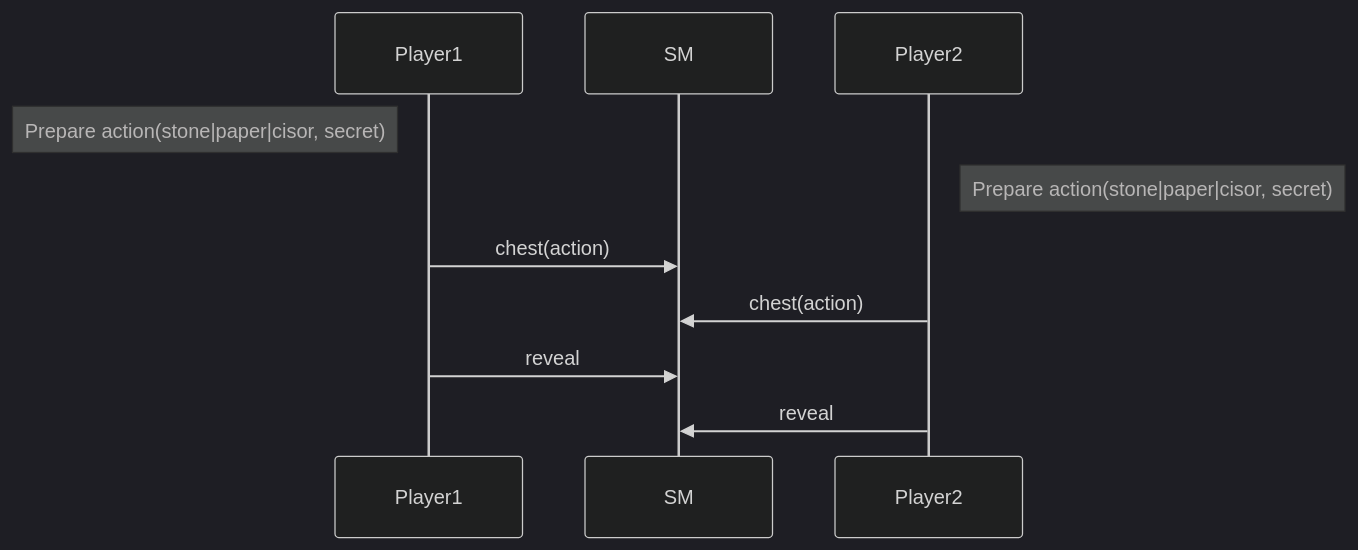
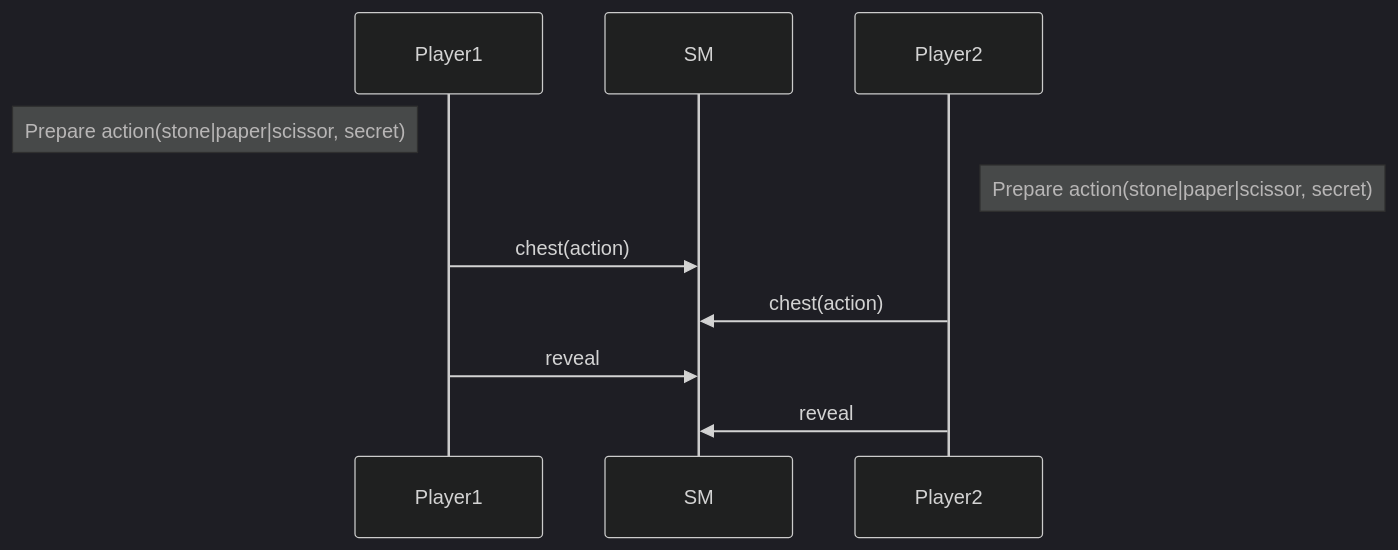
Before and after one commit to ligolang/jsligo-training-dapp-shifumi: the third of 6 diagrams in README.md, drawn with Mermaid (dark theme). The commit also changed other lines of this file and 6 other files, not shown here.

````diff
--- a/README.md
+++ b/README.md
@@ -153,12 +153,12 @@
 ```mermaid
 sequenceDiagram
   participant Player1
   participant SM
   participant Player2
-  Note left of Player1: Prepare action(stone|paper|cisor, secret)
-  Note right of Player2: Prepare action(stone|paper|cisor, secret)
+  Note left of Player1: Prepare action(stone|paper|scissor, secret)
+  Note right of Player2: Prepare action(stone|paper|scissor, secret)
   Player1->>SM: chest(action)
   Player2->>SM: chest(action)
   Player1->>SM: reveal
   Player2->>SM: reveal
 ```
````
